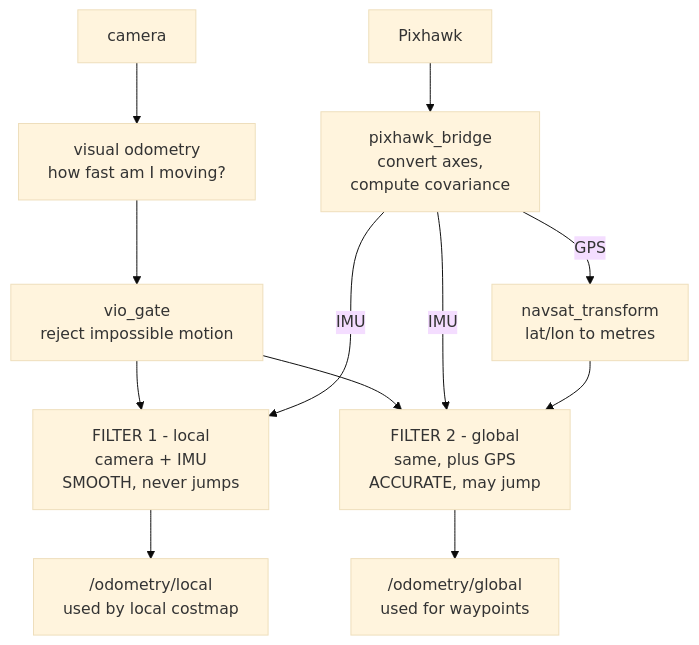
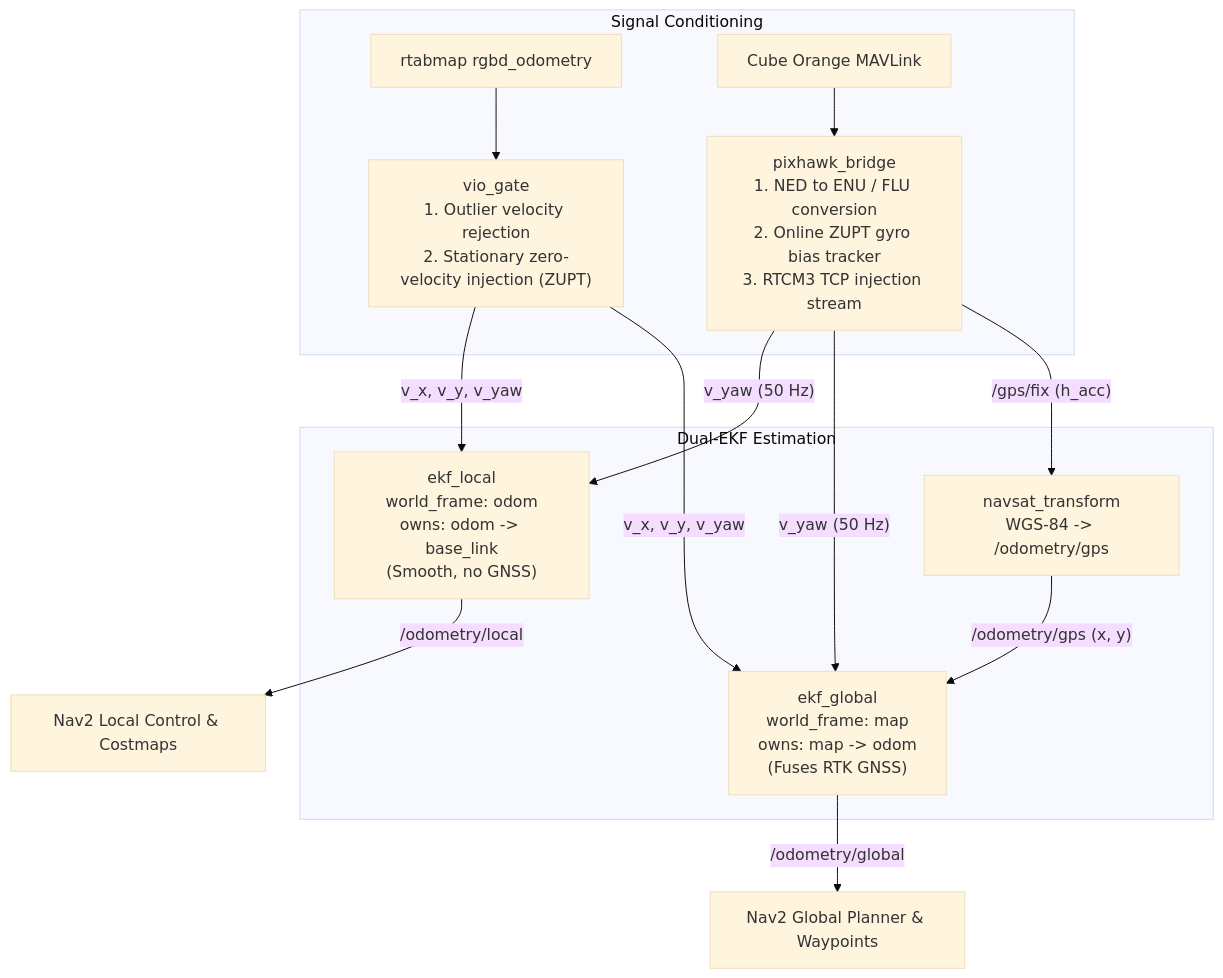
One commit to Robotics-Club-IIT-BHU/Rover changed the third of 5 diagrams in src/athena_gps_nav/ARCHITECTURE.md. Above: the diagram before and after it, drawn with Mermaid (base theme). The commit also changed other lines of this file and 25 other files, not shown here.

Commit message:
Refactor docs for RTK Cube Orange, fix /decision_status accuracy, and add auto costmap clearing

````diff
--- a/src/athena_gps_nav/ARCHITECTURE.md
+++ b/src/athena_gps_nav/ARCHITECTURE.md
@@ -251,16 +121,20 @@
 ```mermaid
 flowchart TB
-    CAM["camera"] --> VO["visual odometry<br/>how fast am I moving?"]
-    VO --> GATE["vio_gate<br/>reject impossible motion"]
-    PX["Pixhawk"] --> BR["pixhawk_bridge<br/>convert axes,<br/>compute covariance"]
+    subgraph Preprocessing["Signal Conditioning"]
+        VO["rtabmap rgbd_odometry"] --> GATE["vio_gate<br/>1. Outlier velocity rejection<br/>2. Stationary zero-velocity injection (ZUPT)"]
+        FC["Cube Orange MAVLink"] --> BRIDGE["pixhawk_bridge<br/>1. NED to ENU / FLU conversion<br/>2. Online ZUPT gyro bias tracker<br/>3. RTCM3 TCP injection stream"]
+    end
 
-    GATE --> L["FILTER 1 - local<br/>camera + IMU<br/>SMOOTH, never jumps"]
-    BR -->|"IMU"| L
-    GATE --> G["FILTER 2 - global<br/>same, plus GPS<br/>ACCURATE, may jump"]
-    BR -->|"IMU"| G
-    BR -->|"GPS"| NT["navsat_transform<br/>lat/lon to metres"]
-    NT --> G
+    subgraph Filters["Dual-EKF Estimation"]
+        GATE -->|"v_x, v_y, v_yaw"| EKF_L["ekf_local<br/>world_frame: odom<br/>owns: odom -> base_link<br/>(Smooth, no GNSS)"]
+        BRIDGE -->|"v_yaw (50 Hz)"| EKF_L
 
-    L --> LO["/odometry/local<br/>used by local costmap"]
-    G --> GO["/odometry/global<br/>used for waypoints"]
+        GATE -->|"v_x, v_y, v_yaw"| EKF_G["ekf_global<br/>world_frame: map<br/>owns: map -> odom<br/>(Fuses RTK GNSS)"]
+        BRIDGE -->|"v_yaw (50 Hz)"| EKF_G
+        BRIDGE -->|"/gps/fix (h_acc)"| NT["navsat_transform<br/>WGS-84 -> /odometry/gps"]
+        NT -->|"/odometry/gps (x, y)"| EKF_G
+    end
+
+    EKF_L -->|"/odometry/local"| CTRL["Nav2 Local Control & Costmaps"]
+    EKF_G -->|"/odometry/global"| PLAN["Nav2 Global Planner & Waypoints"]
 ```
````
